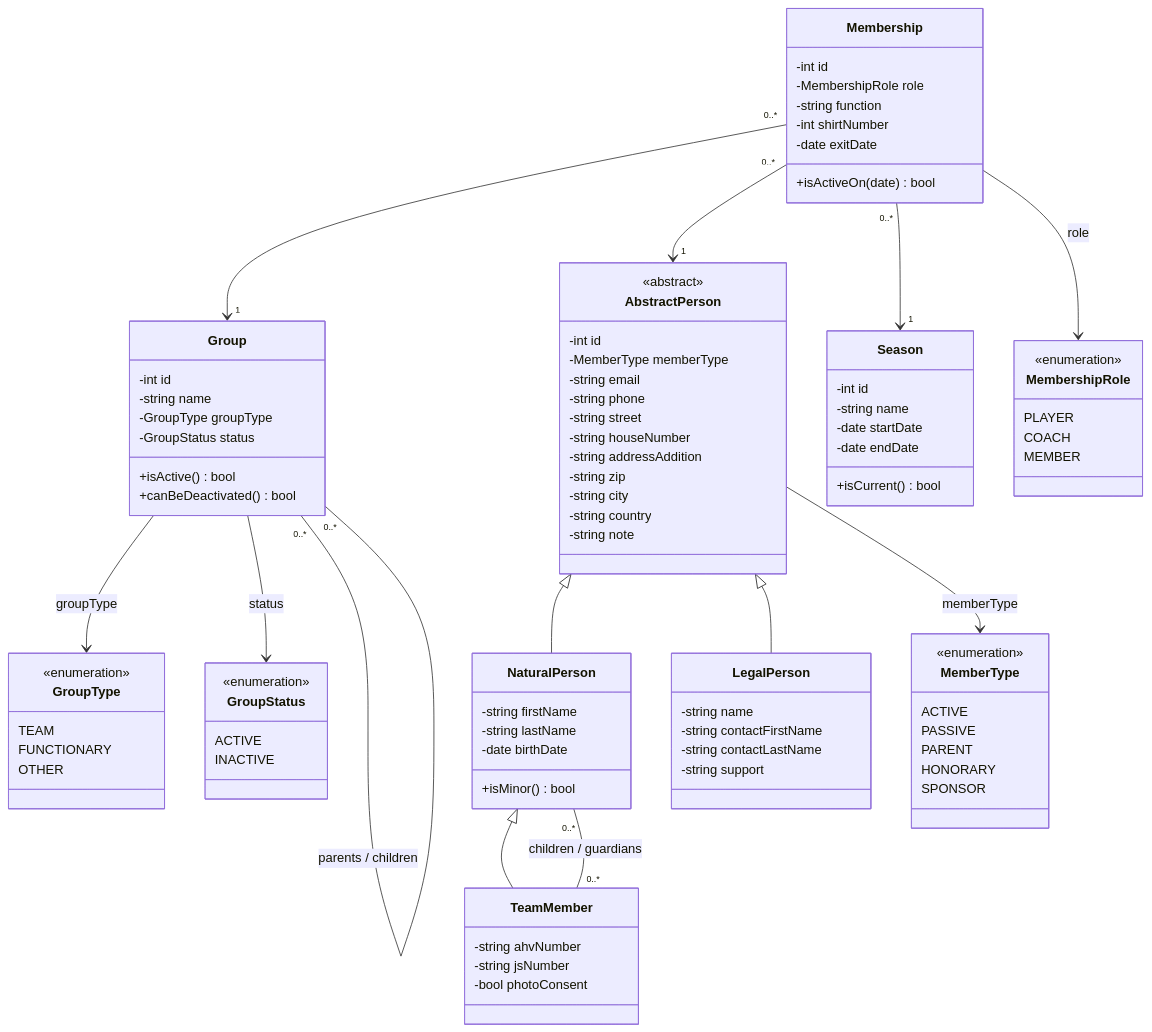
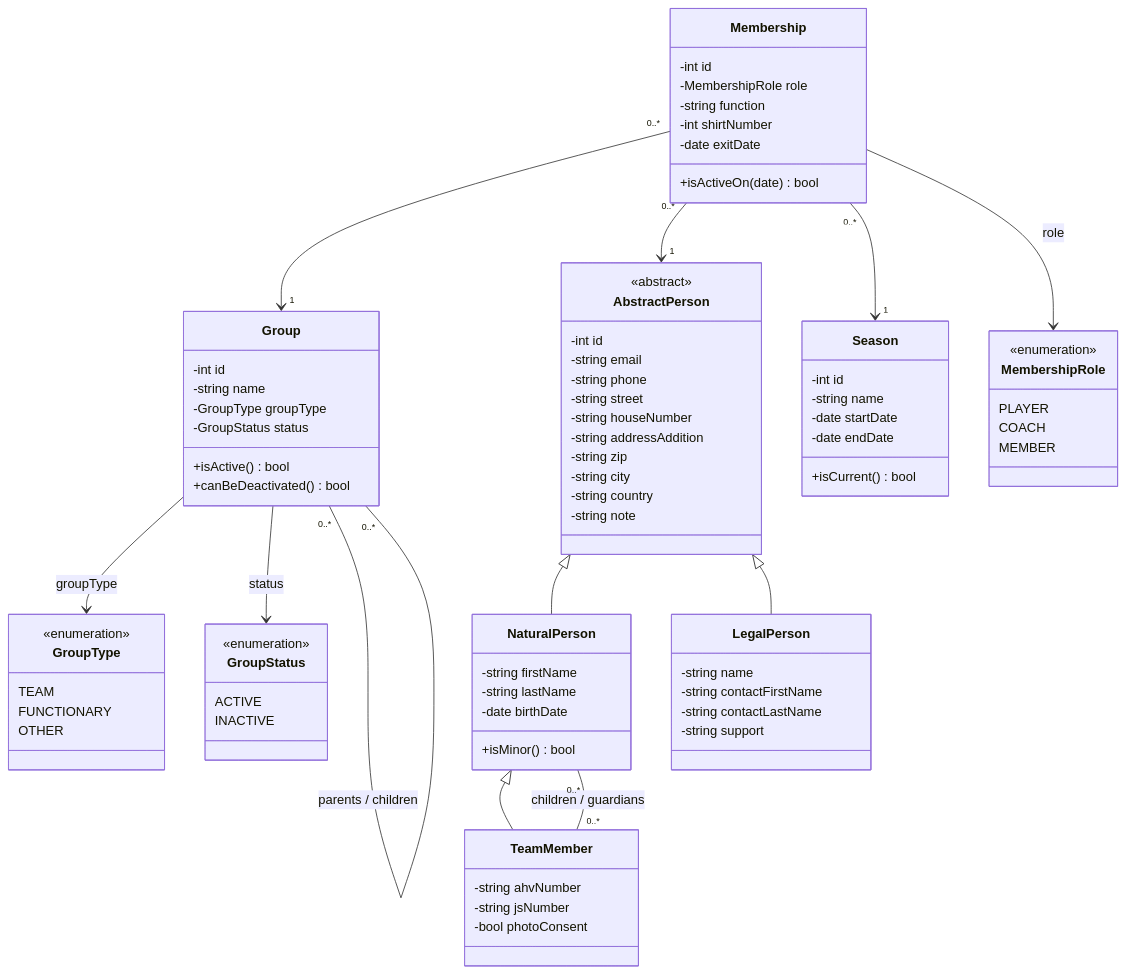
Before and after one commit to ghwalin/clubhuesli: the diagram in specifications/diagrams/sprint1_klassendiagramm.mmd, drawn with Mermaid. The commit also changed 45 other files, not shown here.

```diff
--- a/specifications/diagrams/sprint1_klassendiagramm.mmd
+++ b/specifications/diagrams/sprint1_klassendiagramm.mmd
@@ -1,106 +1,95 @@
 classDiagram
     direction TB
 
     class AbstractPerson {
         <<abstract>>
         -int id
-        -MemberType memberType
         -string email
         -string phone
         -string street
         -string houseNumber
         -string addressAddition
         -string zip
         -string city
         -string country
         -string note
     }
 
     class NaturalPerson {
         -string firstName
         -string lastName
         -date birthDate
         +isMinor() bool
     }
 
     class TeamMember {
         -string ahvNumber
         -string jsNumber
         -bool photoConsent
     }
 
     class LegalPerson {
         -string name
         -string contactFirstName
         -string contactLastName
         -string support
-    }
-
-    class MemberType {
-        <<enumeration>>
-        ACTIVE
-        PASSIVE
-        PARENT
-        HONORARY
-        SPONSOR
     }
 
     class Season {
         -int id
         -string name
         -date startDate
         -date endDate
         +isCurrent() bool
     }
 
     class Group {
         -int id
         -string name
         -GroupType groupType
         -GroupStatus status
         +isActive() bool
         +canBeDeactivated() bool
     }
 
     class GroupType {
         <<enumeration>>
         TEAM
         FUNCTIONARY
         OTHER
     }
 
     class GroupStatus {
         <<enumeration>>
         ACTIVE
         INACTIVE
     }
 
     class Membership {
         -int id
         -MembershipRole role
         -string function
         -int shirtNumber
         -date exitDate
         +isActiveOn(date) bool
     }
 
     class MembershipRole {
         <<enumeration>>
         PLAYER
         COACH
         MEMBER
     }
 
     AbstractPerson <|-- NaturalPerson
     AbstractPerson <|-- LegalPerson
     NaturalPerson <|-- TeamMember
-    AbstractPerson --> MemberType : memberType
     TeamMember "0..*" -- "0..*" NaturalPerson : children / guardians
 
     Group --> GroupType : groupType
     Group --> GroupStatus : status
     Group "0..*" -- "0..*" Group : parents / children
     Membership "0..*" --> "1" Group
     Membership "0..*" --> "1" AbstractPerson
     Membership "0..*" --> "1" Season
     Membership --> MembershipRole : role
```
